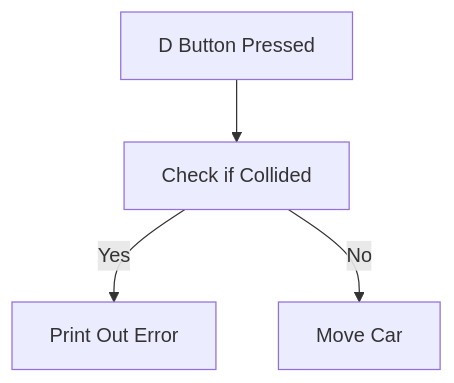
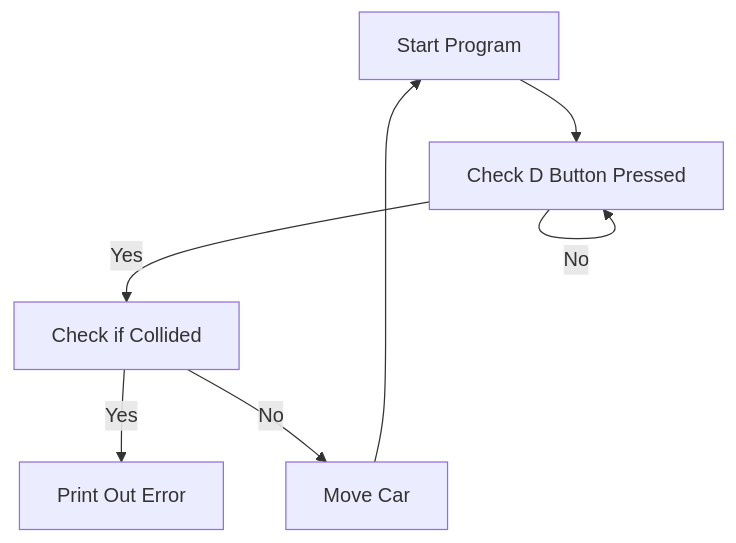
One commit to PurpleToaster83/CICS_160 changed the diagram in week3/Lab2_code/activity_5.md. Above: the diagram before and after it, drawn with Mermaid. The commit also changed other lines of this file, not shown here.

````diff
--- a/week3/Lab2_code/activity_5.md
+++ b/week3/Lab2_code/activity_5.md
@@ -22,6 +22,9 @@
 ```mermaid
 flowchart TD
-    A[D Button Pressed] --> B[Check if Collided]
-    B -- Yes --> C[Print Out Error]
-    B -- No --> D[Move Car]
+    A[Start Program] --> B[Check D Button Pressed]
+    B -- Yes --> C[Check if Collided]
+    B -- No --> B
+    C -- Yes --> D[Print Out Error]
+    C -- No --> E[Move Car]
+    E --> A
 ```
````
